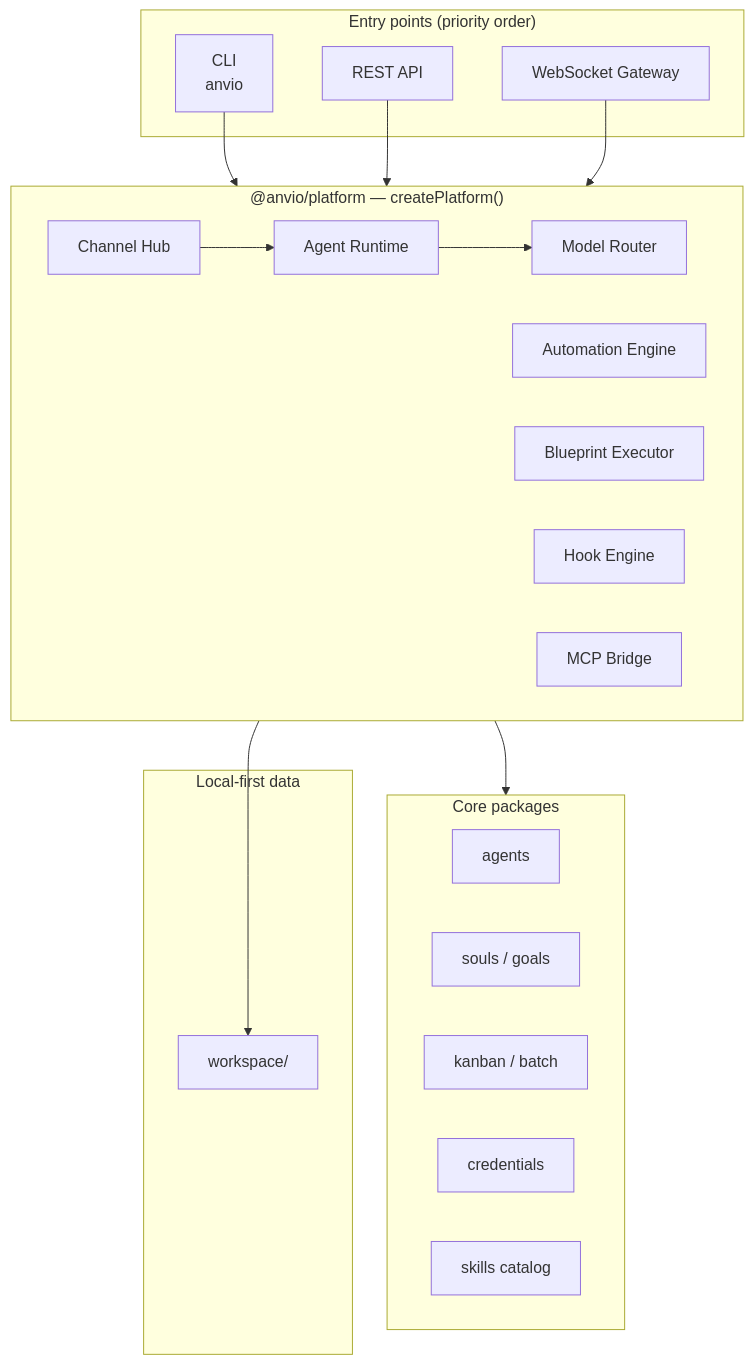
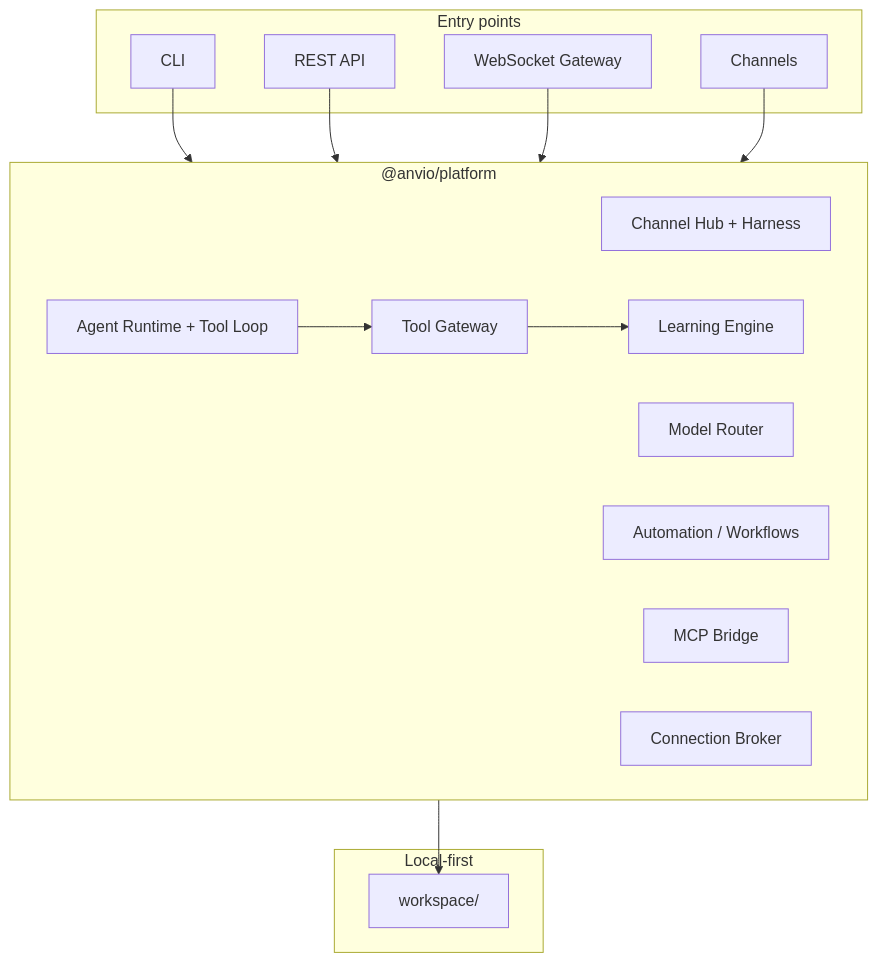
The second of 3 diagrams in README.md (viantonugroho11/Anvio), drawn with Mermaid before and after one commit. The commit also changed other lines of this file, not shown here.

````diff
--- a/README.md
+++ b/README.md
@@ -457,38 +452,28 @@
 ```mermaid
 flowchart TB
-    subgraph Entry["Entry points (priority order)"]
-        CLI["CLI<br/>anvio"]
+    subgraph Entry["Entry points"]
+        CLI["CLI"]
         API["REST API"]
         GW["WebSocket Gateway"]
+        CHN["Channels"]
     end
 
-    subgraph Platform["@anvio/platform — createPlatform()"]
-        CH["Channel Hub"]
-        RT["Agent Runtime"]
+    subgraph Platform["@anvio/platform"]
+        HUB["Channel Hub + Harness"]
+        RT["Agent Runtime + Tool Loop"]
+        LE["Learning Engine"]
+        TG["Tool Gateway"]
         RTG["Model Router"]
-        AUTO["Automation Engine"]
-        BP["Blueprint Executor"]
-        HK["Hook Engine"]
+        AUTO["Automation / Workflows"]
         MCP["MCP Bridge"]
+        CONN["Connection Broker"]
     end
 
-    subgraph Packages["Core packages"]
-        AG["agents"]
-        SO["souls / goals"]
-        KB["kanban / batch"]
-        CR["credentials"]
-        SK["skills catalog"]
-    end
-
-    subgraph Data["Local-first data"]
+    subgraph Data["Local-first"]
         WS["workspace/"]
     end
 
-    CLI --> Platform
-    API --> Platform
-    GW --> Platform
-    Platform --> Packages
+    CLI & API & GW & CHN --> Platform
+    RT --> TG --> LE
     Platform --> WS
-    CH --> RT
-    RT --> RTG
 ```
````
